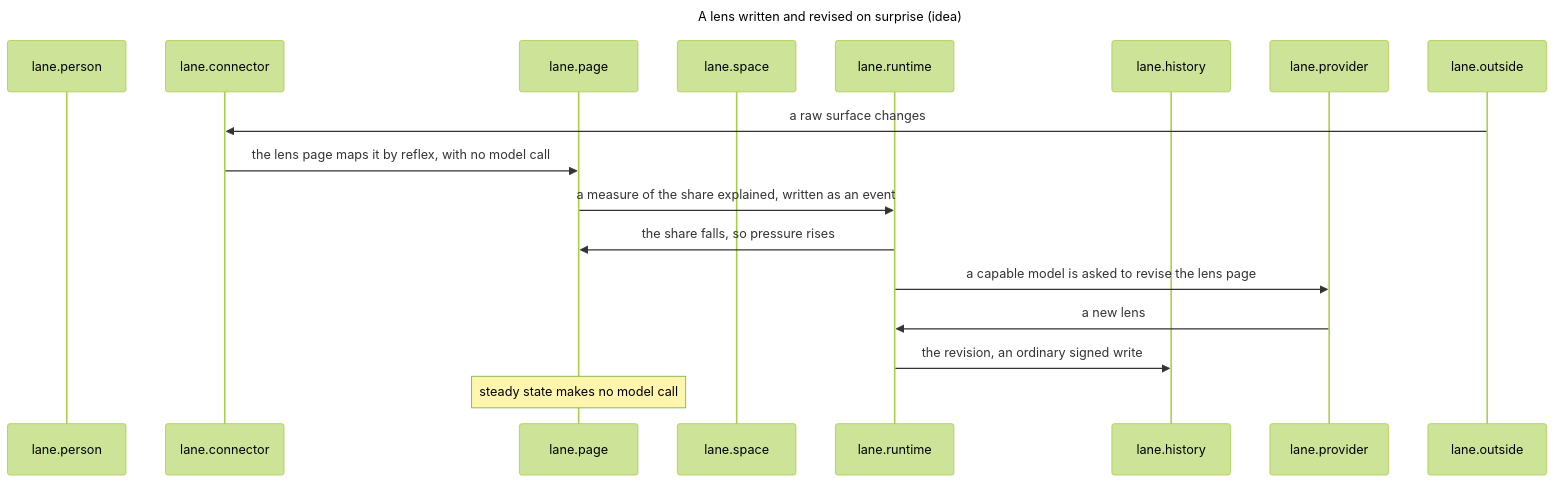
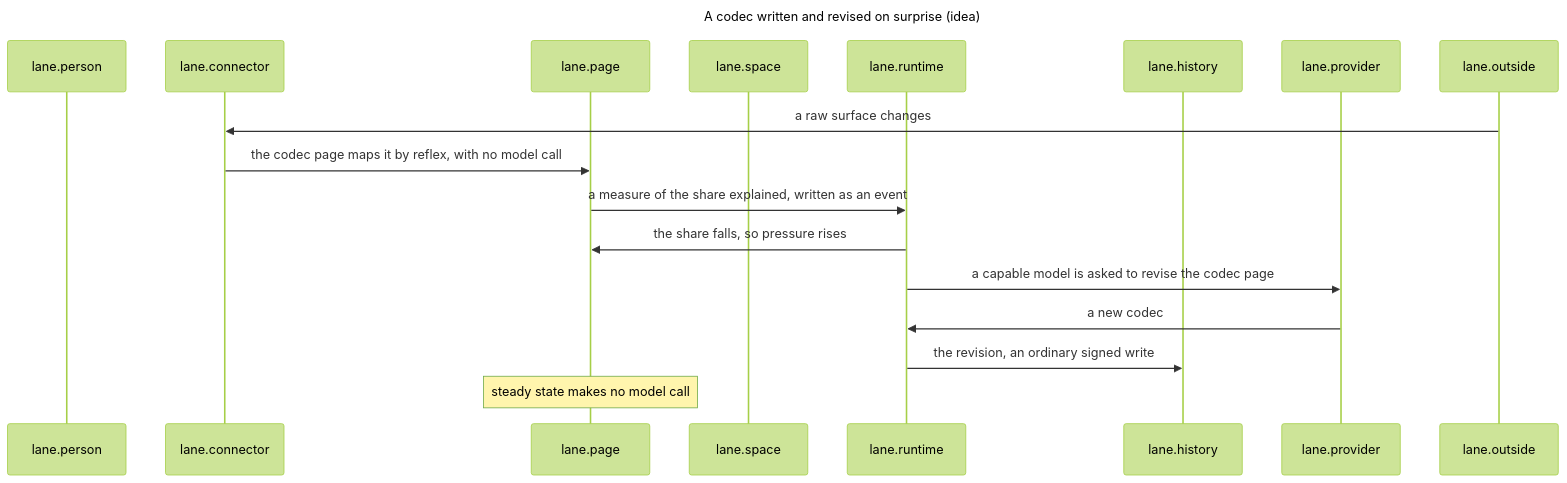
Diagram 22 of 29 in docs/reference/architecture.md (drksci/conky), drawn with Mermaid (forest theme) before and after one commit. The commit also changed other lines of this file and 14 other files, not shown here.

First line of the commit message:
docs: rename the lens to a codec and fold the go-between into it

````diff
--- a/docs/reference/architecture.md
+++ b/docs/reference/architecture.md
@@ -915,22 +914,22 @@
 ```mermaid
 ---
-title: A lens written and revised on surprise (idea)
+title: A codec written and revised on surprise (idea)
 ---
 sequenceDiagram
     participant lane.person
     participant lane.connector
     participant lane.page
     participant lane.space
     participant lane.runtime
     participant lane.history
     participant lane.provider
     participant lane.outside
     lane.outside->>lane.connector: a raw surface changes
-    lane.connector->>lane.page: the lens page maps it by reflex, with no model call
+    lane.connector->>lane.page: the codec page maps it by reflex, with no model call
     lane.page->>lane.runtime: a measure of the share explained, written as an event
     lane.runtime->>lane.page: the share falls, so pressure rises
-    lane.runtime->>lane.provider: a capable model is asked to revise the lens page
-    lane.provider->>lane.runtime: a new lens
+    lane.runtime->>lane.provider: a capable model is asked to revise the codec page
+    lane.provider->>lane.runtime: a new codec
     lane.runtime->>lane.history: the revision, an ordinary signed write
     Note over lane.page: steady state makes no model call
 ```
````
